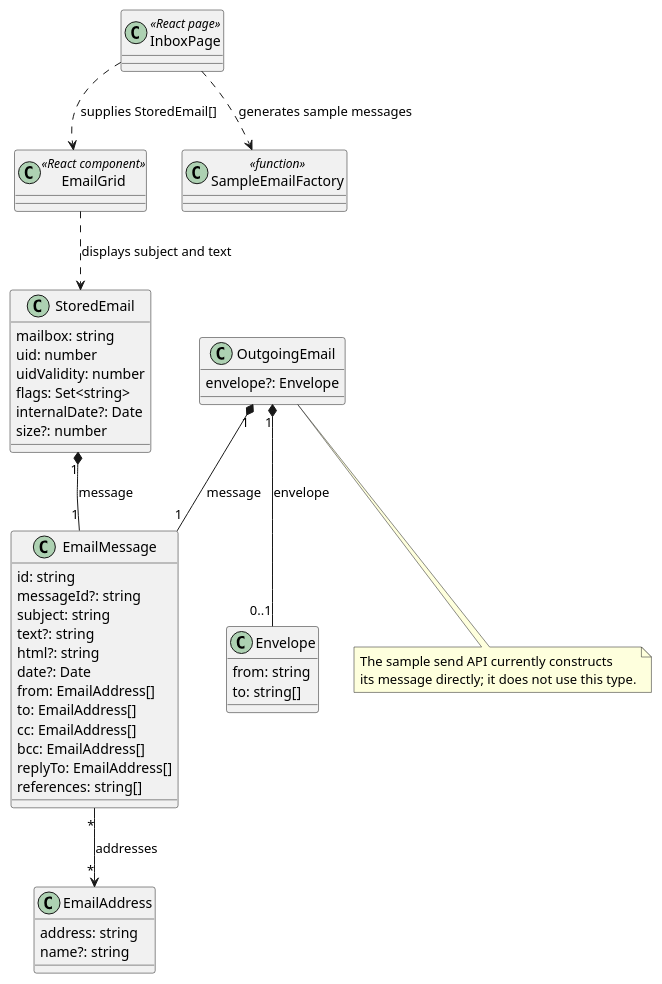
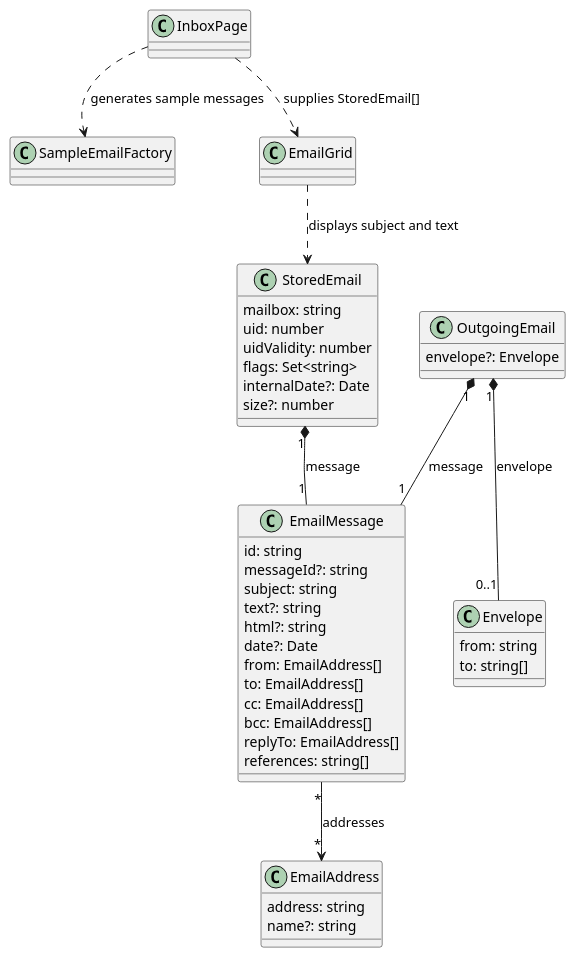
Before and after one commit to nathanalger/cs3141-team-software-project: the diagram in docs/uml/email-class.puml, drawn with PlantUML. The commit also changed 2 other files, not shown here.

Commit message:
change diagrams

```diff
--- a/docs/uml/email-class.puml
+++ b/docs/uml/email-class.puml
@@ -1,58 +1,50 @@
 @startuml
 skinparam classAttributeIconSize 0
 
 class EmailAddress {
   address: string
   name?: string
 }
 
 class EmailMessage {
   id: string
   messageId?: string
   subject: string
   text?: string
   html?: string
   date?: Date
   from: EmailAddress[]
   to: EmailAddress[]
   cc: EmailAddress[]
   bcc: EmailAddress[]
   replyTo: EmailAddress[]
   references: string[]
 }
 
 class StoredEmail {
   mailbox: string
   uid: number
   uidValidity: number
   flags: Set<string>
   internalDate?: Date
   size?: number
 }
 
 class OutgoingEmail {
   envelope?: Envelope
 }
 
 class Envelope {
   from: string
   to: string[]
 }
 
-class InboxPage <<React page>>
-class EmailGrid <<React component>>
-class SampleEmailFactory <<function>>
-
 StoredEmail "1" *-- "1" EmailMessage : message
 OutgoingEmail "1" *-- "1" EmailMessage : message
 OutgoingEmail "1" *-- "0..1" Envelope : envelope
 EmailMessage "*" --> "*" EmailAddress : addresses
 InboxPage ..> SampleEmailFactory : generates sample messages
 InboxPage ..> EmailGrid : supplies StoredEmail[]
 EmailGrid ..> StoredEmail : displays subject and text
 
-note bottom of OutgoingEmail
-  The sample send API currently constructs
-  its message directly; it does not use this type.
-end note
 @enduml
```
